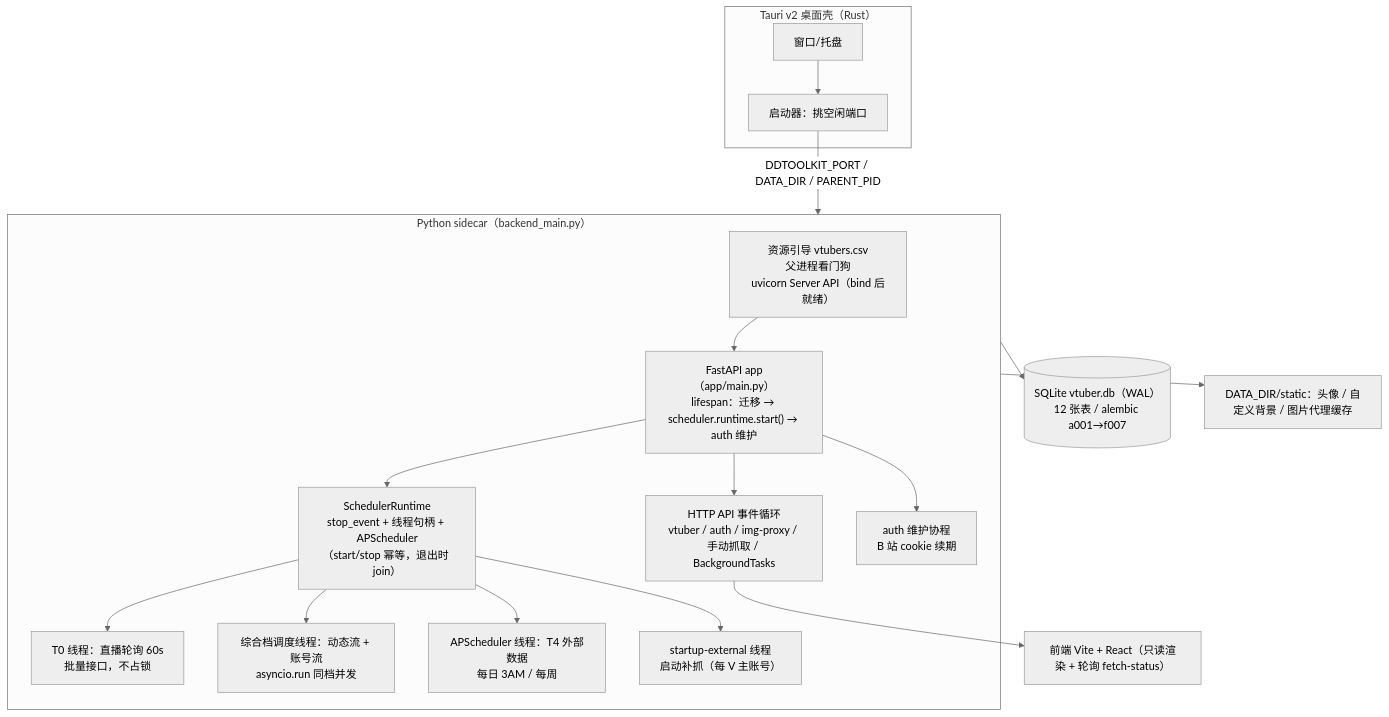
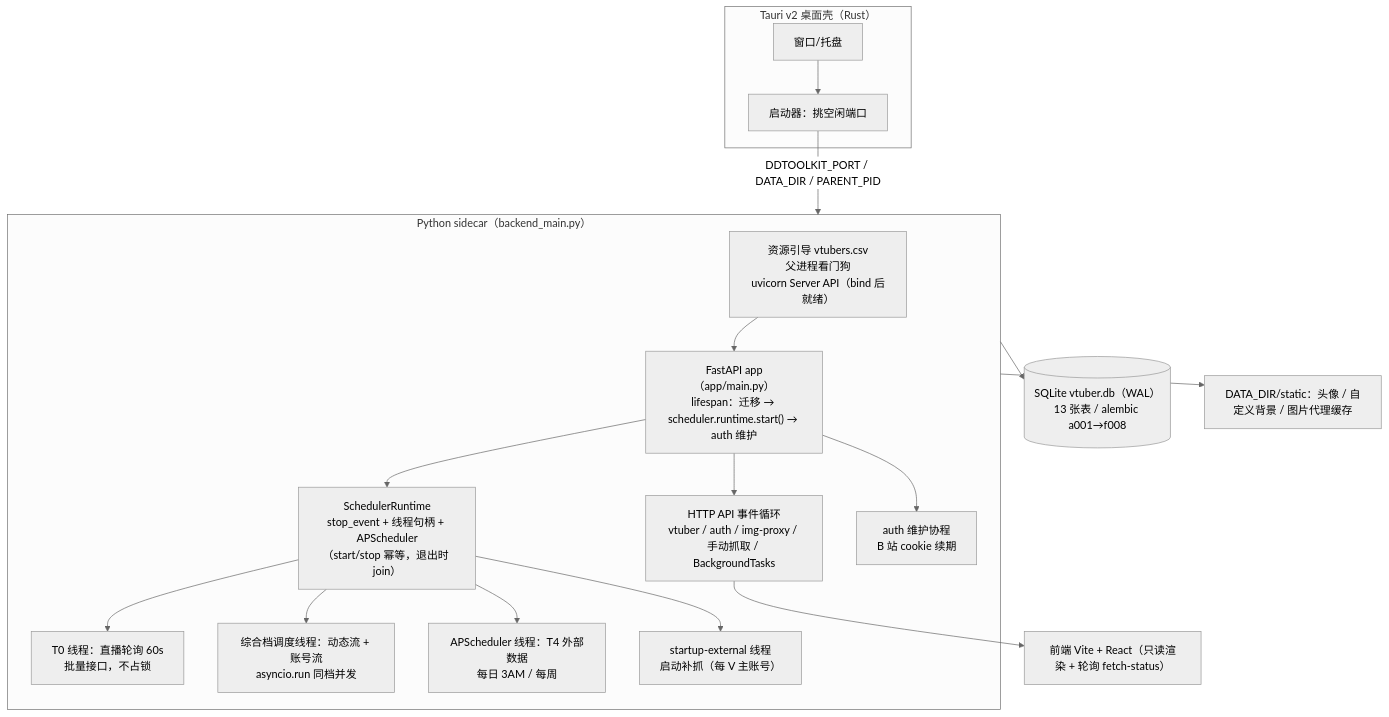
Before and after one commit to Mrslippe/DDToolkit: the first of 8 diagrams in docs/ARCHITECTURE.md, drawn with Mermaid (neutral theme). The commit also changed other lines of this file and 38 other files, not shown here.

````diff
--- a/docs/ARCHITECTURE.md
+++ b/docs/ARCHITECTURE.md
@@ -23,24 +23,24 @@
 ```mermaid
 flowchart TB
   subgraph Shell["Tauri v2 桌面壳（Rust）"]
     W[窗口/托盘] --> L[启动器：挑空闲端口]
   end
   L -->|"DDTOOLKIT_PORT / DATA_DIR / PARENT_PID"| S
 
   subgraph S["Python sidecar（backend_main.py）"]
     BM["资源引导 vtubers.csv<br/>父进程看门狗<br/>uvicorn Server API（bind 后就绪）"]
     BM --> APP["FastAPI app（app/main.py）<br/>lifespan：迁移 → scheduler.runtime.start() → auth 维护"]
     APP --> HTTP["HTTP API 事件循环<br/>vtuber / auth / img-proxy / 手动抓取 / BackgroundTasks"]
     RT["SchedulerRuntime<br/>stop_event + 线程句柄 + APScheduler<br/>（start/stop 幂等，退出时 join）"]
     APP --> RT
     RT --> T0["T0 线程：直播轮询 60s<br/>批量接口，不占锁"]
     RT --> TIER["综合档调度线程：动态流 + 账号流<br/>asyncio.run 同档并发"]
     RT --> APS["APScheduler 线程：T4 外部数据<br/>每日 3AM / 每周"]
     RT --> EXT["startup-external 线程<br/>启动补抓（每 V 主账号）"]
     APP --> AUTH["auth 维护协程<br/>B 站 cookie 续期"]
   end
 
-  S --> DB[("SQLite vtuber.db（WAL）<br/>12 张表 / alembic a001→f007")]
+  S --> DB[("SQLite vtuber.db（WAL）<br/>13 张表 / alembic a001→f008")]
   S --> FS["DATA_DIR/static：头像 / 自定义背景 / 图片代理缓存"]
   HTTP --> UI["前端 Vite + React（只读渲染 + 轮询 fetch-status）"]
 ```
````
